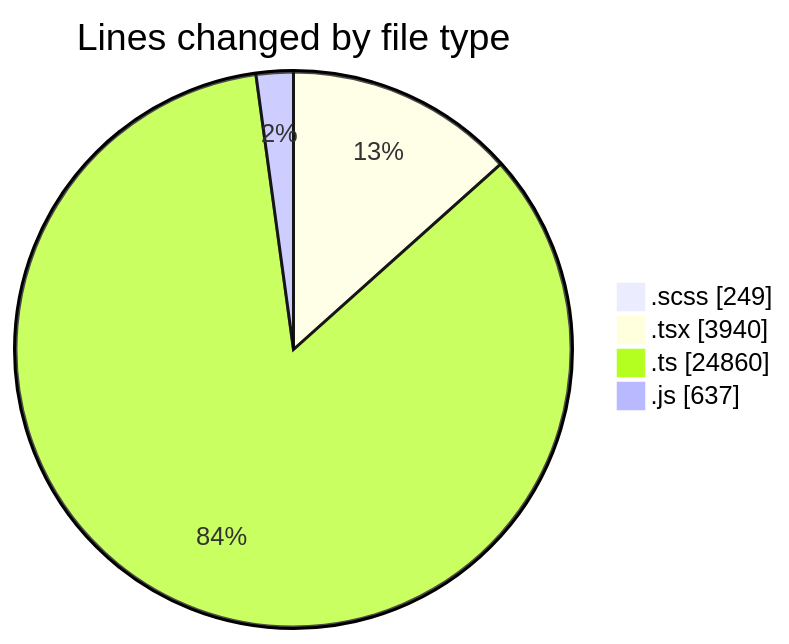
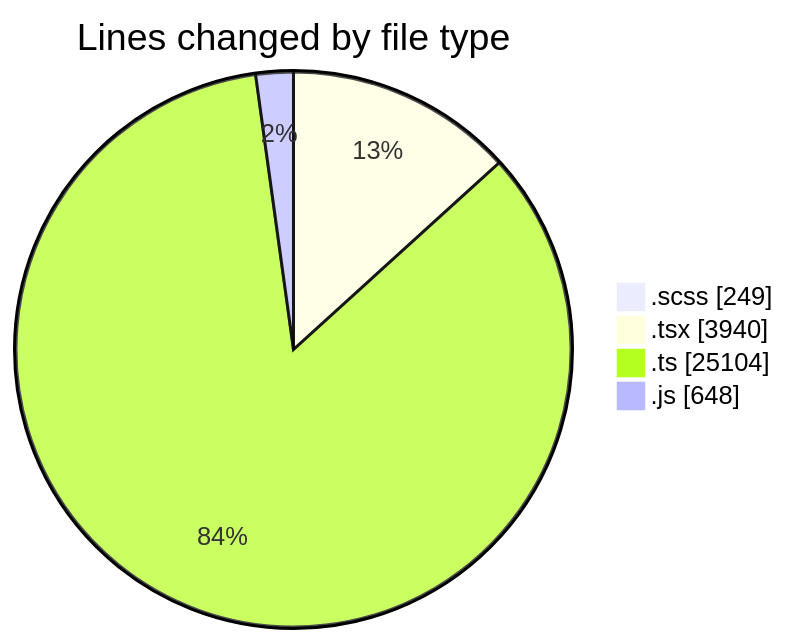
The first of 2 diagrams in 2025-09-26/cda/README.md (momahboobian/code-tracking), drawn with Mermaid before and after one commit. The commit also changed other lines of this file and 1 other file, not shown here.

````diff
--- a/2025-09-26/cda/README.md
+++ b/2025-09-26/cda/README.md
@@ -33,8 +33,8 @@
 ```mermaid
 pie showData
 title Lines changed by file type
 ".scss" : 249
 ".tsx" : 3940
-".ts" : 24860
-".js" : 637
+".ts" : 25104
+".js" : 648
 ```
````
